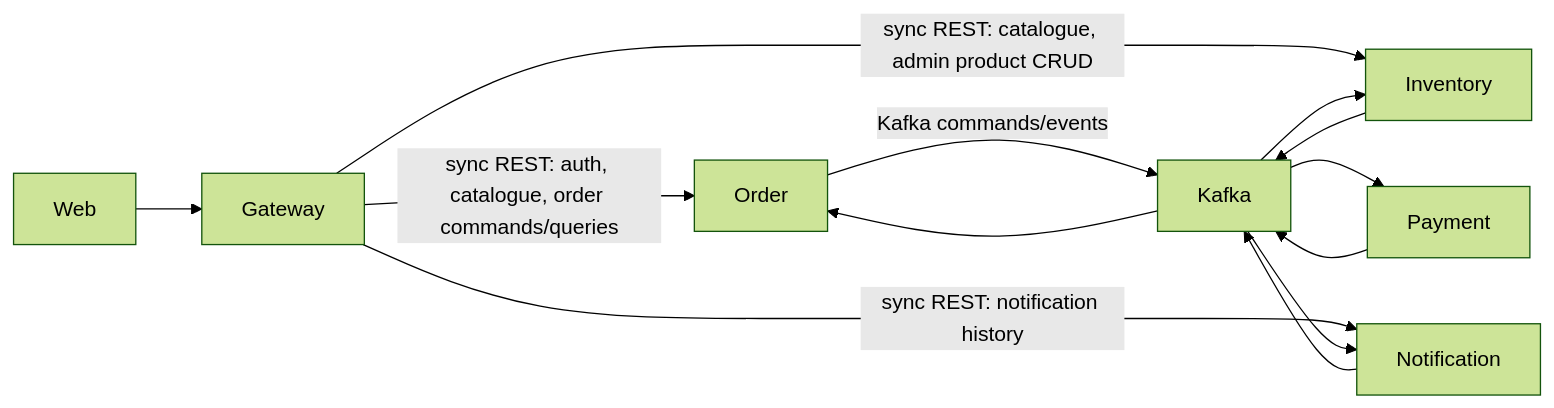
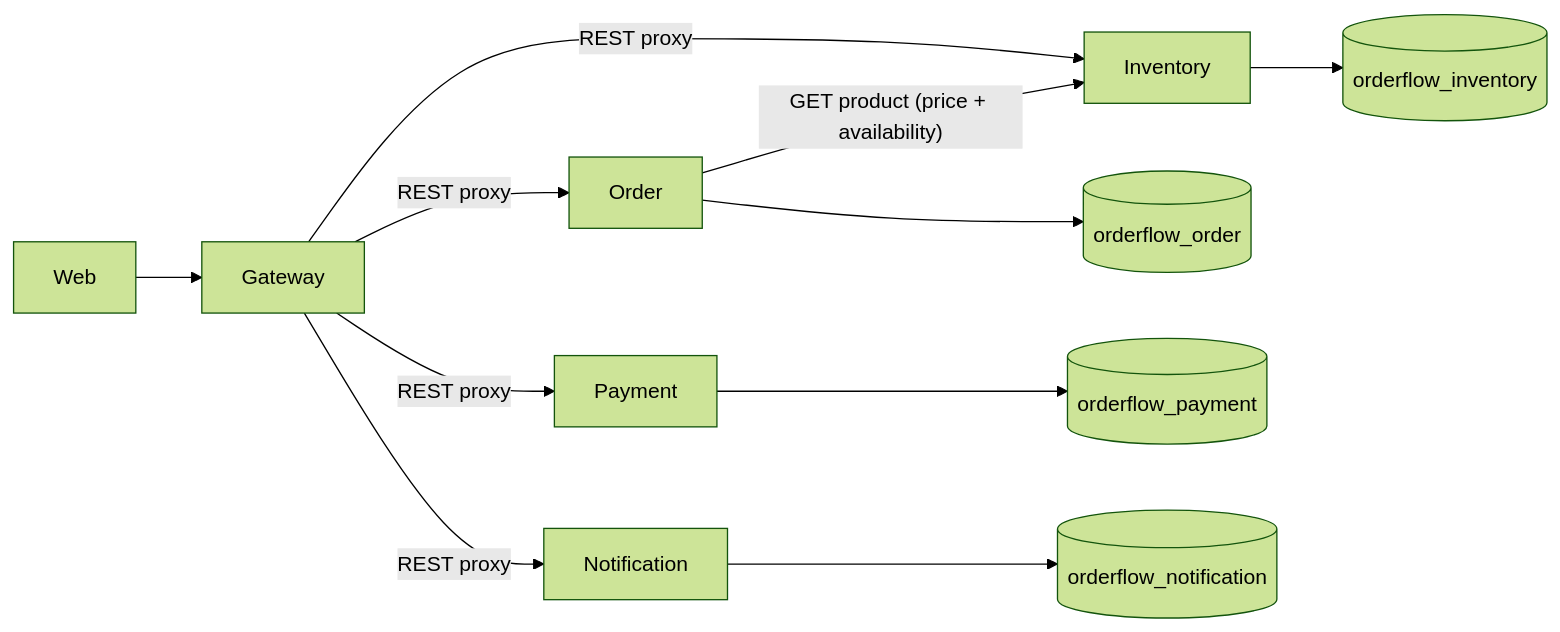
One commit to kashyap801/orderflow changed the first of 2 diagrams in docs/architecture.md. Above: the diagram before and after it, drawn with Mermaid (forest theme). The commit also changed other lines of this file and 7 other files, not shown here.

````diff
--- a/docs/architecture.md
+++ b/docs/architecture.md
@@ -36,15 +38,13 @@
 ```mermaid
 flowchart LR
   Web --> Gateway
-  Gateway -->|"sync REST: auth, catalogue, order commands/queries"| Order
-  Gateway -->|"sync REST: catalogue, admin product CRUD"| Inventory
-  Gateway -->|"sync REST: notification history"| Notification
-  Order -->|"Kafka commands/events"| Kafka
-  Inventory --> Kafka
-  Payment --> Kafka
-  Notification --> Kafka
-  Kafka --> Order
-  Kafka --> Inventory
-  Kafka --> Payment
-  Kafka --> Notification
+  Gateway -->|"REST proxy"| Order
+  Gateway -->|"REST proxy"| Inventory
+  Gateway -->|"REST proxy"| Payment
+  Gateway -->|"REST proxy"| Notification
+  Order -->|"GET product (price + availability)"| Inventory
+  Order --> OrderDB[("orderflow_order")]
+  Inventory --> InventoryDB[("orderflow_inventory")]
+  Payment --> PaymentDB[("orderflow_payment")]
+  Notification --> NotificationDB[("orderflow_notification")]
 ```
````
